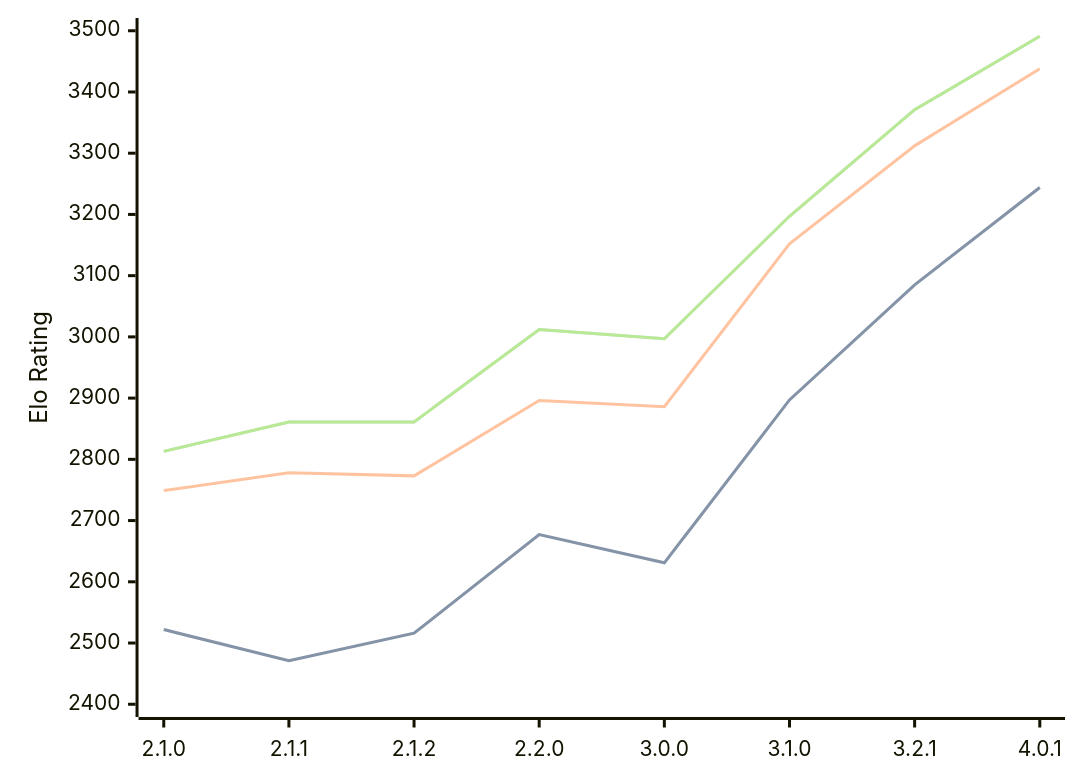
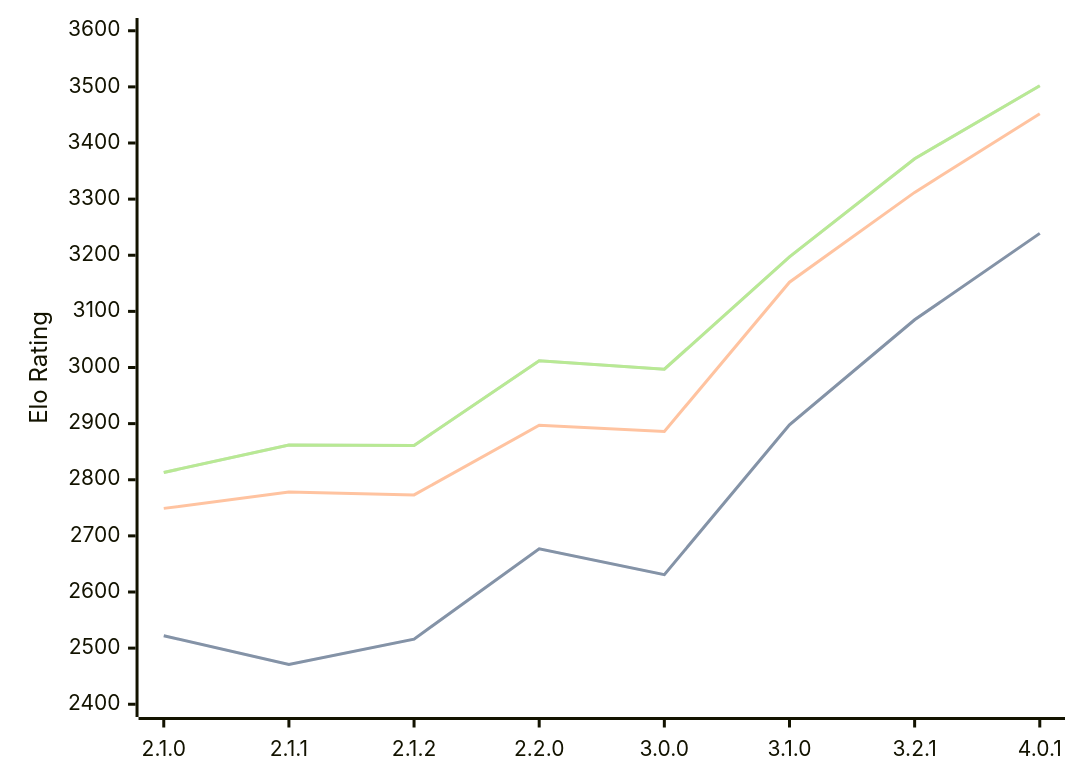
The third of 3 diagrams in engines/Prune.md (computer-chess-index/cci), drawn with Mermaid before and after one commit. The commit also changed other lines of this file, not shown here.

Commit message:
Update CCI Ratings (ELO VLTC) - 2026-07-11

````diff
--- a/engines/Prune.md
+++ b/engines/Prune.md
@@ -77,11 +77,11 @@
 ```mermaid
 %%{init: {"theme":"base","themeVariables":{"seriesColors:['#a3a3a3','#222221','#faa371']}}}%%
 xychart-beta
   x-axis ["2.1.0", "2.1.1", "2.1.2", "2.2.0", "3.0.0", "3.1.0", "3.2.1", "4.0.1"]
-  y-axis "Elo Rating" 2400 --> 3500
-  line "STC (8.0+0.08s)" [2522, 2471, 2516, 2677, 2631, 2897, 3085, 3244]
-  line "STC (8.0+0.08s)" [2522, 2471, 2516, 2677, 2631, 2897, 3085, 3244]
-  line "LTC (60.0+0.60s)" [2749, 2778, 2773, 2896, 2886, 3152, 3312, 3438]
-  line "VLTC (2m24s+1.12s)" [2813, 2861, 2861, 3012, 2997, 3197, 3371, 3491]
-  line "VLTC (2m24s+1.12s)" [2813, 2861, 2861, 3012, 2997, 3197, 3371, 3491]
+  y-axis "Elo Rating" 2400 --> 3600
+  line "STC (8.0+0.08s)" [2522, 2471, 2516, 2677, 2631, 2898, 3085, 3239]
+  line "STC (8.0+0.08s)" [2522, 2471, 2516, 2677, 2631, 2898, 3085, 3239]
+  line "LTC (60.0+0.60s)" [2749, 2778, 2773, 2897, 2886, 3152, 3312, 3452]
+  line "VLTC (2m24s+1.12s)" [2813, 2862, 2861, 3012, 2997, 3197, 3372, 3502]
+  line "VLTC (2m24s+1.12s)" [2813, 2862, 2861, 3012, 2997, 3197, 3372, 3502]
 ```
````
